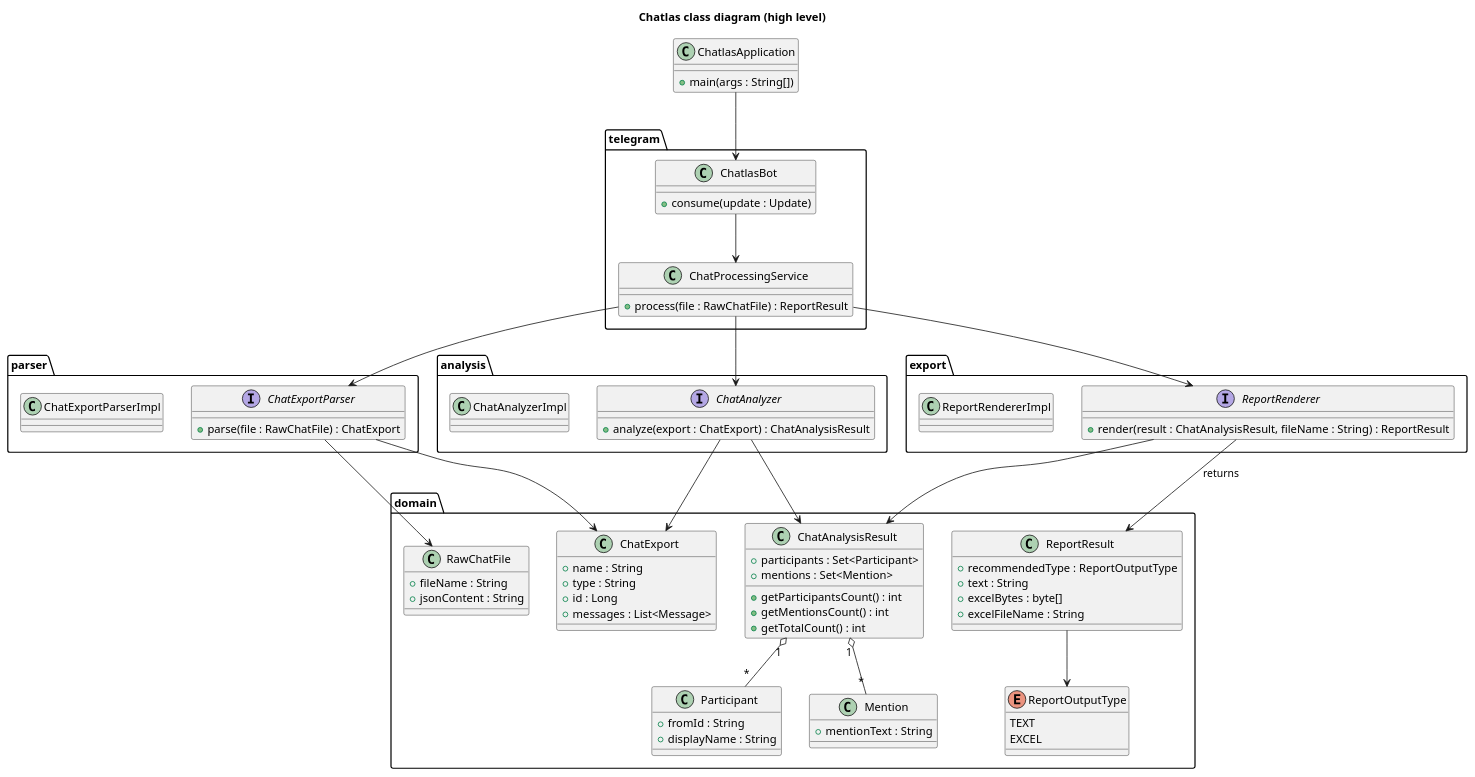
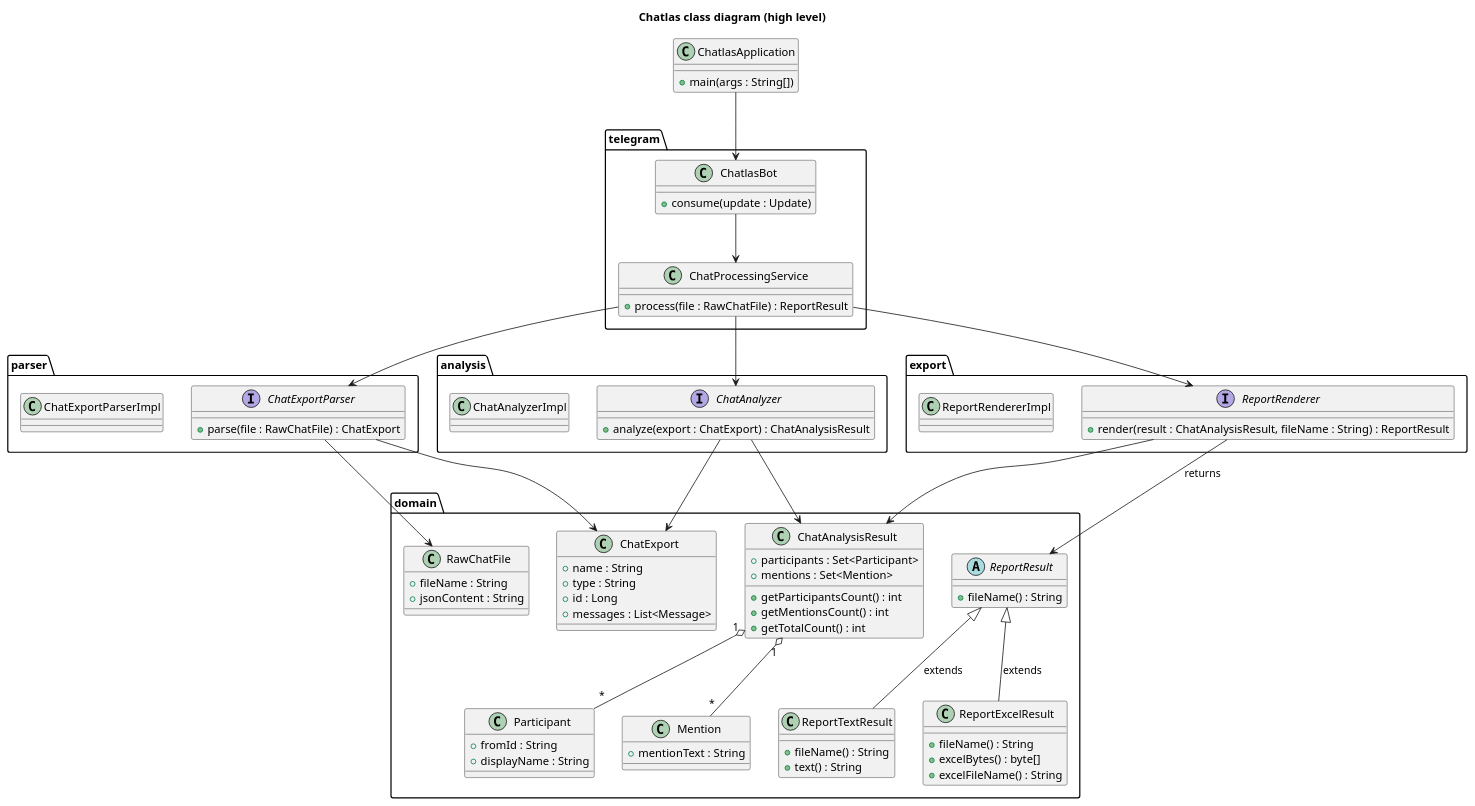
One commit to vspochernin/chatlas changed the diagram in docs/diagrams/domain_model.puml. Above: the diagram before and after it, drawn with PlantUML. The commit also changed 13 other files, not shown here.

```diff
--- a/docs/diagrams/domain_model.puml
+++ b/docs/diagrams/domain_model.puml
@@ -1,103 +1,107 @@
 @startuml domain_model
 title Chatlas class diagram (high level)
 
 package "domain" {
   class RawChatFile {
     + fileName : String
     + jsonContent : String
   }
 
   class ChatExport {
     + name : String
     + type : String
     + id : Long
     + messages : List<Message>
   }
 
   class Participant {
     + fromId : String
     + displayName : String
   }
 
   class Mention {
     + mentionText : String
   }
 
   class ChatAnalysisResult {
     + participants : Set<Participant>
     + mentions : Set<Mention>
     + getParticipantsCount() : int
     + getMentionsCount() : int
     + getTotalCount() : int
   }
 
-  enum ReportOutputType {
-    TEXT
-    EXCEL
+  abstract class ReportResult {
+    + fileName() : String
   }
 
-  class ReportResult {
-    + recommendedType : ReportOutputType
-    + text : String
-    + excelBytes : byte[]
-    + excelFileName : String
+  class ReportTextResult {
+    + fileName() : String
+    + text() : String
+  }
+
+  class ReportExcelResult {
+    + fileName() : String
+    + excelBytes() : byte[]
+    + excelFileName() : String
   }
 }
 
 package "telegram" {
   class ChatlasBot {
     +consume(update : Update)
   }
 
   class ChatProcessingService {
     +process(file : RawChatFile) : ReportResult
   }
 }
 
 package "parser" {
   interface ChatExportParser {
     +parse(file : RawChatFile) : ChatExport
   }
   class ChatExportParserImpl
 }
 
 package "analysis" {
   interface ChatAnalyzer {
     +analyze(export : ChatExport) : ChatAnalysisResult
   }
   class ChatAnalyzerImpl
 }
 
 package "export" {
   interface ReportRenderer {
     +render(result : ChatAnalysisResult, fileName : String) : ReportResult
   }
   class ReportRendererImpl
 }
 
 class ChatlasApplication {
   +main(args : String[])
 }
 
 ' Связи между классами
 
 ChatlasApplication --> ChatlasBot
 ChatlasBot --> ChatProcessingService
 
 ChatProcessingService --> ChatExportParser
 ChatProcessingService --> ChatAnalyzer
 ChatProcessingService --> ReportRenderer
 
 ChatExportParser --> RawChatFile
 ChatExportParser --> ChatExport
 
 ChatAnalyzer --> ChatExport
 ChatAnalyzer --> ChatAnalysisResult
 ChatAnalysisResult "1" o-- "*" Participant
 ChatAnalysisResult "1" o-- "*" Mention
 
 ReportRenderer --> ChatAnalysisResult
 ReportRenderer --> ReportResult : returns
-ReportResult --> ReportOutputType
+ReportResult <|-- ReportTextResult : extends
+ReportResult <|-- ReportExcelResult : extends
 
 @enduml
```
